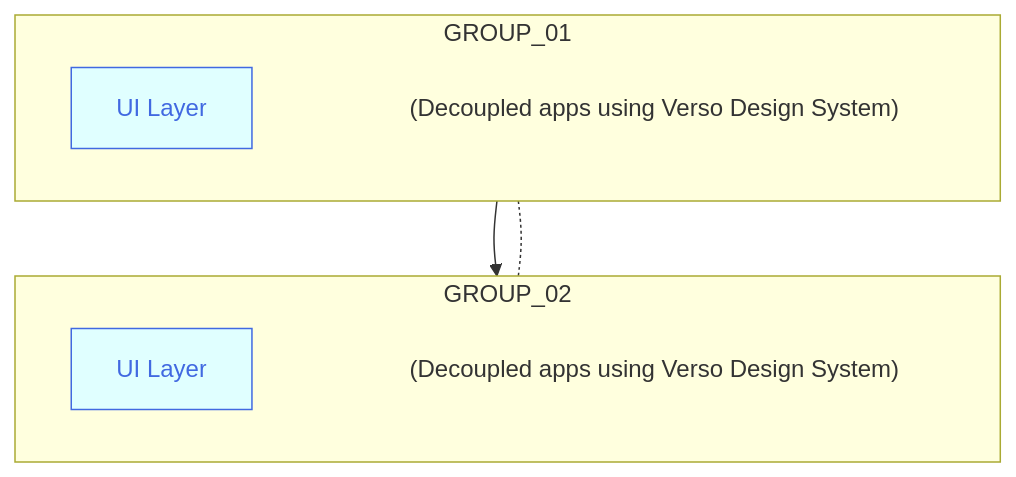
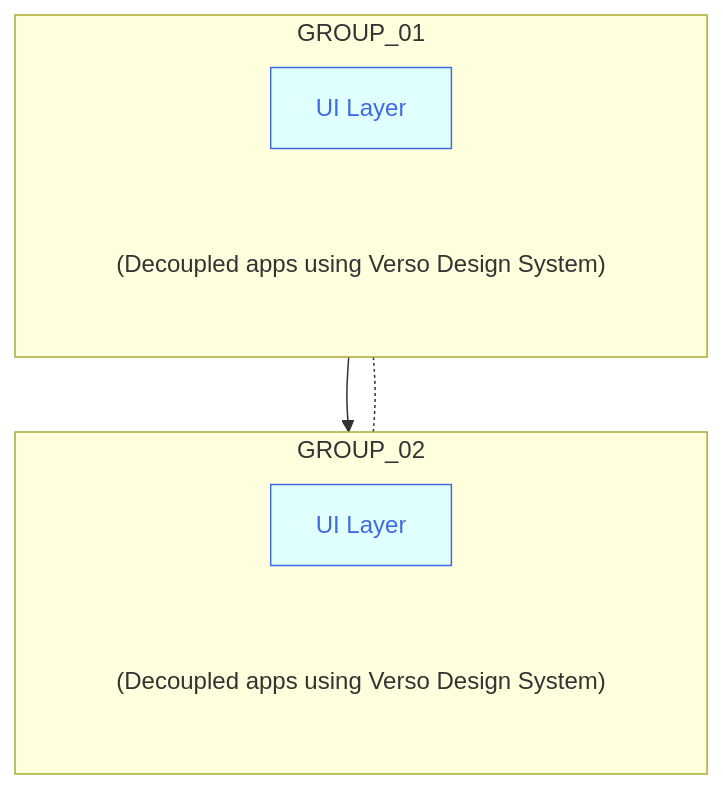
The diagram in buttons_mermaid_v5.md (joe-dorward/samples), drawn with Mermaid before and after one commit.

````diff
--- a/buttons_mermaid_v5.md
+++ b/buttons_mermaid_v5.md
@@ -3,37 +3,37 @@
 ```mermaid
   %%{
     init: {
       "flowchart": { "markdownAutoWrap":"false", "textWrap":"false", "wrappingWidth": "100%" }
     }
   }%%
   flowchart TD
 
   classDef Button fill:lightcyan, stroke:royalblue, color:royalblue;
   classDef Note fill:transparent, stroke-width:0px
   %% ---------- ---------- ---------- ---------- ---------- ---------- ---------- ---------- ---------- ----------
   subgraph GROUP_01
     direction LR
 
     BUTTON_01["UI Layer"]:::Button
     click BUTTON_01 "https://en.wikipedia.org/wiki/Main_Page" _blank
     BUTTON_01_NOTE["(Decoupled apps using Verso Design System)"]:::Note
 
-    BUTTON_01~~~
-    BUTTON_01_NOTE
+    %%BUTTON_01~~~
+    %%BUTTON_01_NOTE
   end
 
   subgraph GROUP_02
     direction LR
 
     BUTTON_02["UI Layer"]:::Button
     click BUTTON_02 "https://en.wikipedia.org/wiki/Main_Page" _blank
     BUTTON_02_NOTE["(Decoupled apps using Verso Design System)"]:::Note
 
-    BUTTON_02~~~
-    BUTTON_02_NOTE
+    %%BUTTON_02~~~
+    %%BUTTON_02_NOTE
   end
 
 GROUP_01-.-GROUP_02
 
 BUTTON_01-->BUTTON_02
 ```
````
